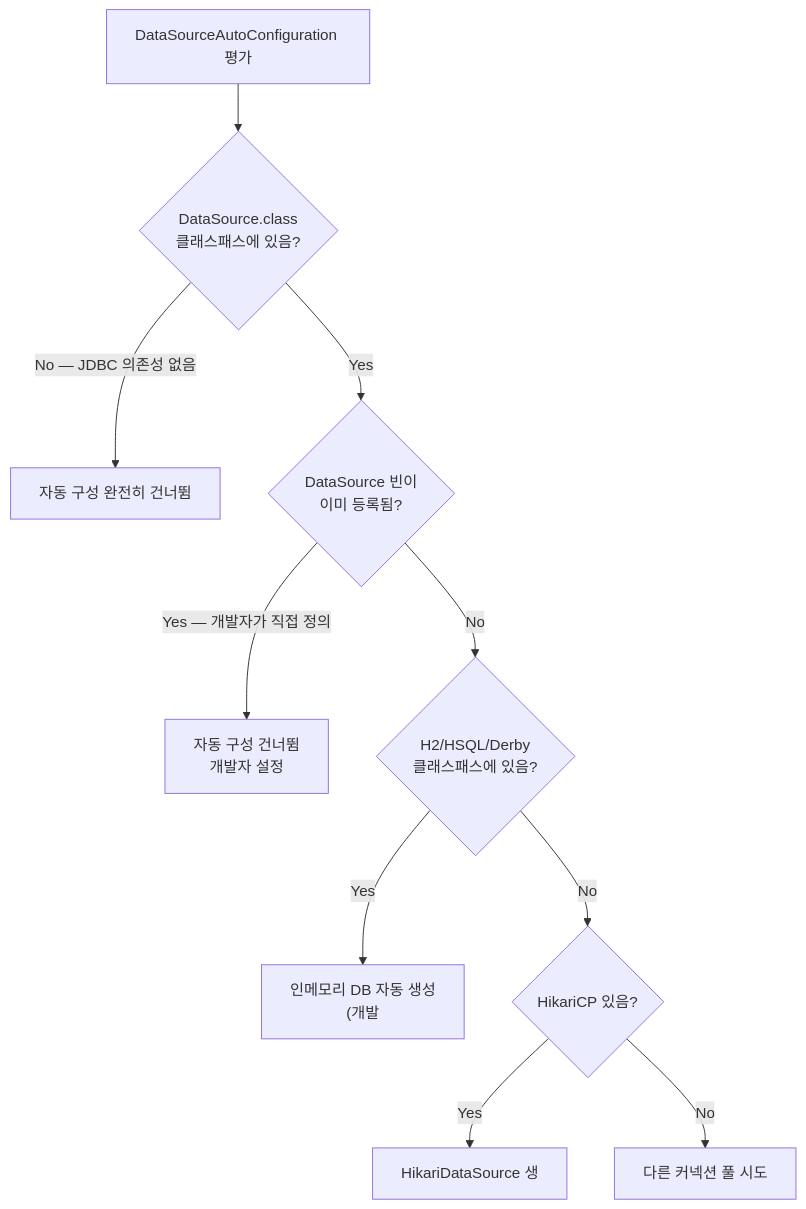
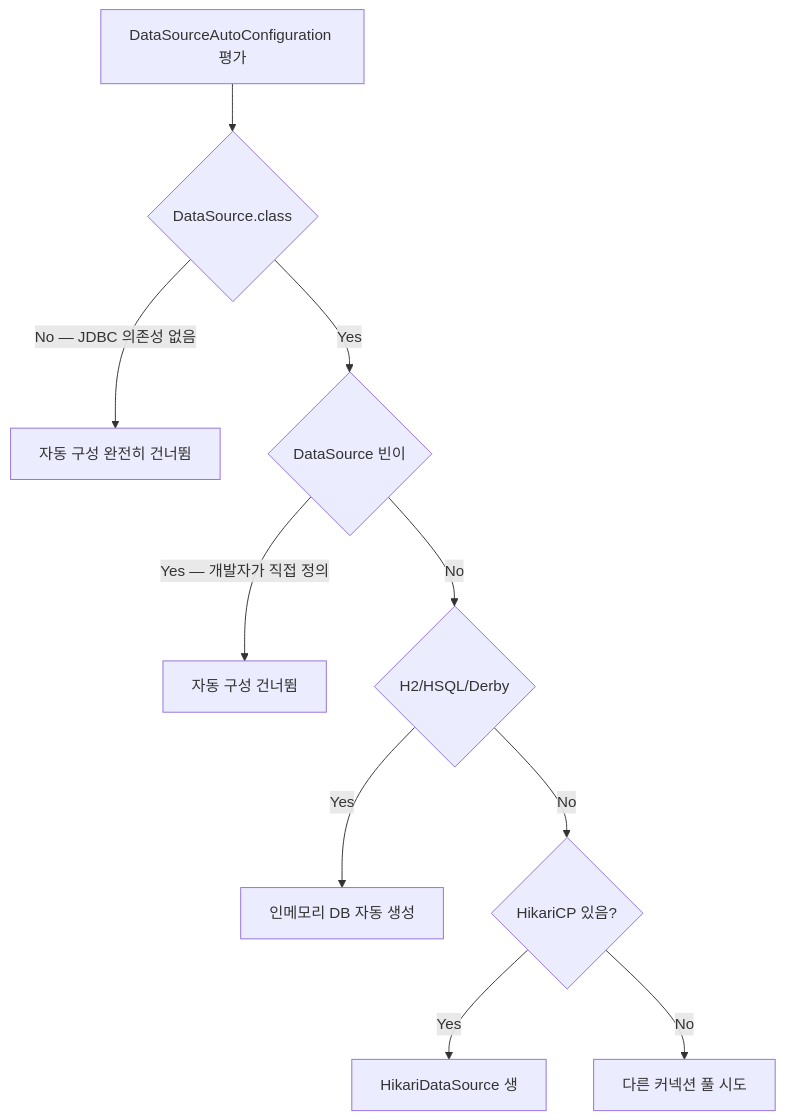
The third of 7 diagrams in _posts/spring/2026-05-02-spring-boot-autoconfigure.md (yjkim2015/yjkim2015.github.io), drawn with Mermaid before and after one commit. The commit also changed other lines of this file and 217 other files, not shown here.

First line of the commit message:
Mermaid 크기 수정: useMaxWidth:true + SVG max-width:100% + 라벨 축소

````diff
--- a/_posts/spring/2026-05-02-spring-boot-autoconfigure.md
+++ b/_posts/spring/2026-05-02-spring-boot-autoconfigure.md
@@ -212,12 +212,12 @@
 ```mermaid
 flowchart TD
-    A[DataSourceAutoConfiguration 평가] --> B{"DataSource.class\n클래스패스에 있음?"}
+    A[DataSourceAutoConfiguration 평가] --> B{"DataSource.class"}
     B -->|"No — JDBC 의존성 없음"| C["자동 구성 완전히 건너뜀"]
-    B -->|"Yes"| D{"DataSource 빈이\n이미 등록됨?"}
-    D -->|"Yes — 개발자가 직접 정의"| E["자동 구성 건너뜀\n개발자 설정"]
-    D -->|"No"| F{"H2/HSQL/Derby\n클래스패스에 있음?"}
-    F -->|"Yes"| G["인메모리 DB 자동 생성\n(개발"]
+    B -->|"Yes"| D{"DataSource 빈이"}
+    D -->|"Yes — 개발자가 직접 정의"| E["자동 구성 건너뜀"]
+    D -->|"No"| F{"H2/HSQL/Derby"}
+    F -->|"Yes"| G["인메모리 DB 자동 생성"]
     F -->|"No"| H{"HikariCP 있음?"}
     H -->|"Yes"| I["HikariDataSource 생"]
     H -->|"No"| J["다른 커넥션 풀 시도"]
 ```
````
